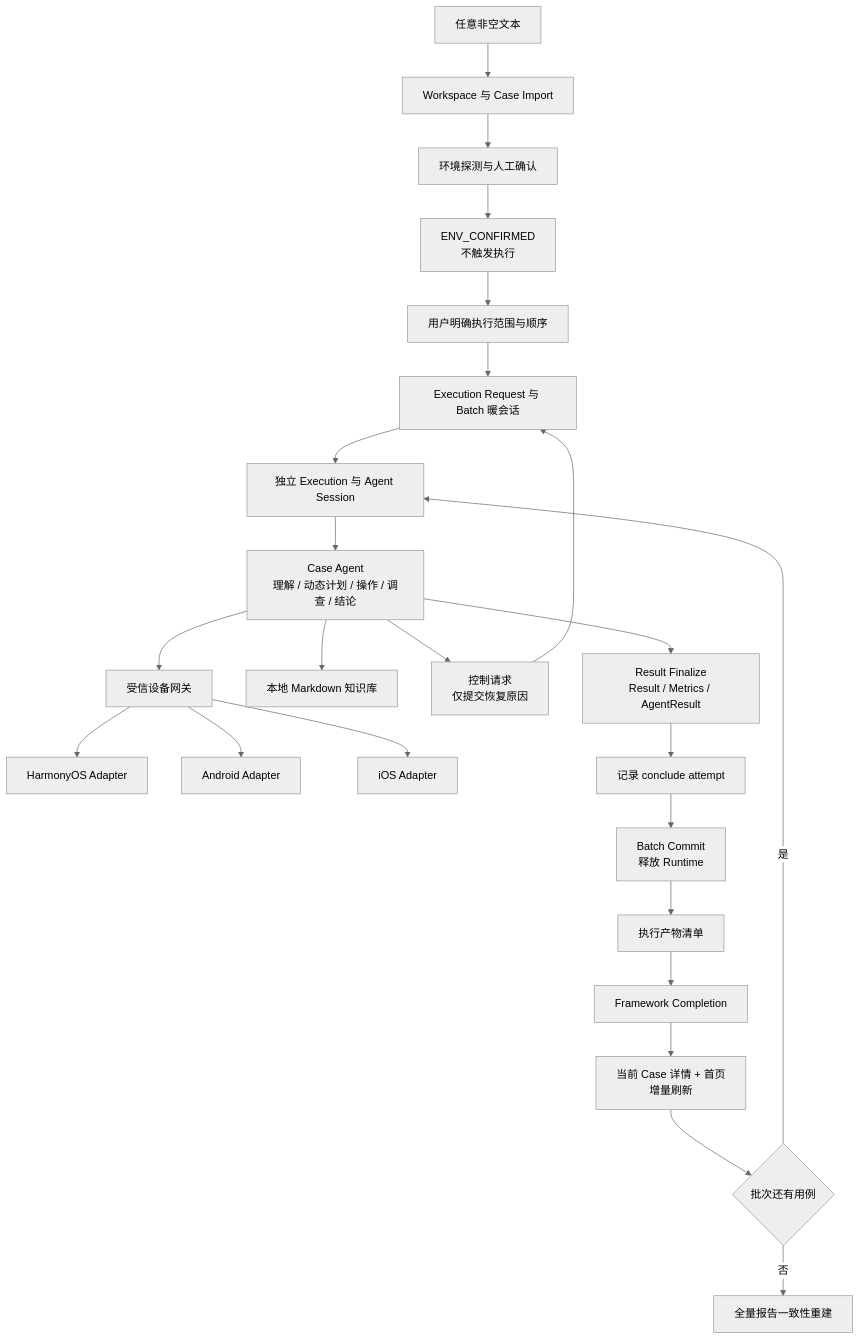
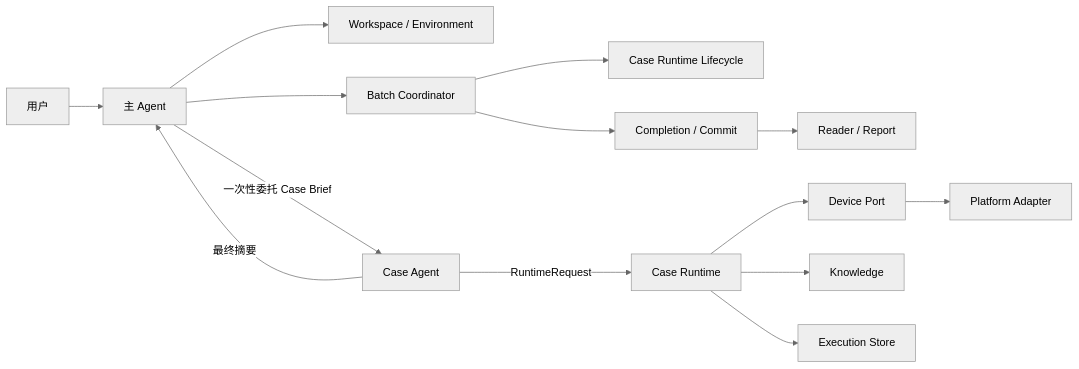
One commit to lianghuihui-plus/DevKit changed the first of 2 diagrams in skills/mobile-ai-visual-test/docs/architecture.md. Above: the diagram before and after it, drawn with Mermaid (neutral theme). The commit also changed other lines of this file and 153 other files, not shown here.

Commit message:
refactor(mavt): isolate case runtime and complete traceability

````diff
--- a/skills/mobile-ai-visual-test/docs/architecture.md
+++ b/skills/mobile-ai-visual-test/docs/architecture.md
@@ -18,26 +19,16 @@
 ```mermaid
-flowchart TD
-  U["任意非空文本"] --> W["Workspace 与 Case Import"]
-  W --> P["环境探测与人工确认"]
-  P --> E["ENV_CONFIRMED<br/>不触发执行"]
-  E --> Q["用户明确执行范围与顺序"]
-  Q --> B["Execution Request 与 Batch 暖会话"]
-  B --> X["独立 Execution 与 Agent Session"]
-  X --> A["Case Agent<br/>理解 / 动态计划 / 操作 / 调查 / 结论"]
-  A --> G["受信设备网关"]
-  G --> H["HarmonyOS Adapter"]
-  G --> D["Android Adapter"]
-  G --> I["iOS Adapter"]
-  A --> K["本地 Markdown 知识库"]
-  A --> Y["控制请求<br/>仅提交恢复原因"]
-  Y --> B
-  A --> F["Result Finalize<br/>Result / Metrics / AgentResult"]
-  F --> J["记录 conclude attempt"]
-  J --> C["Batch Commit<br/>释放 Runtime"]
-  C --> L["执行产物清单"]
-  L --> O["Framework Completion"]
-  O --> R["当前 Case 详情 + 首页<br/>增量刷新"]
-  R --> N{"批次还有用例"}
-  N -- "是" --> X
-  N -- "否" --> Z["全量报告一致性重建"]
+flowchart LR
+  U["用户"] --> M["主 Agent"]
+  M --> W["Workspace / Environment"]
+  M --> B["Batch Coordinator"]
+  B --> L["Case Runtime Lifecycle"]
+  M -->|"一次性委托 Case Brief"| A["Case Agent"]
+  A -->|"RuntimeRequest"| R["Case Runtime"]
+  R --> D["Device Port"]
+  D --> P["Platform Adapter"]
+  R --> K["Knowledge"]
+  R --> S["Execution Store"]
+  A -->|"最终摘要"| M
+  B --> C["Completion / Commit"]
+  C --> V["Reader / Report"]
 ```
````
